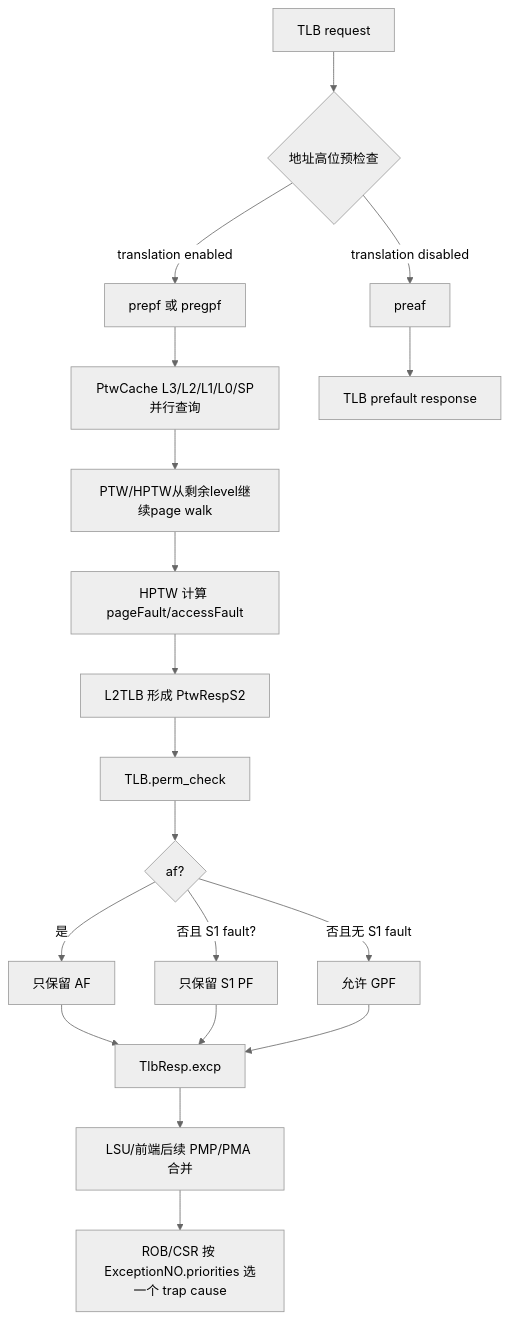
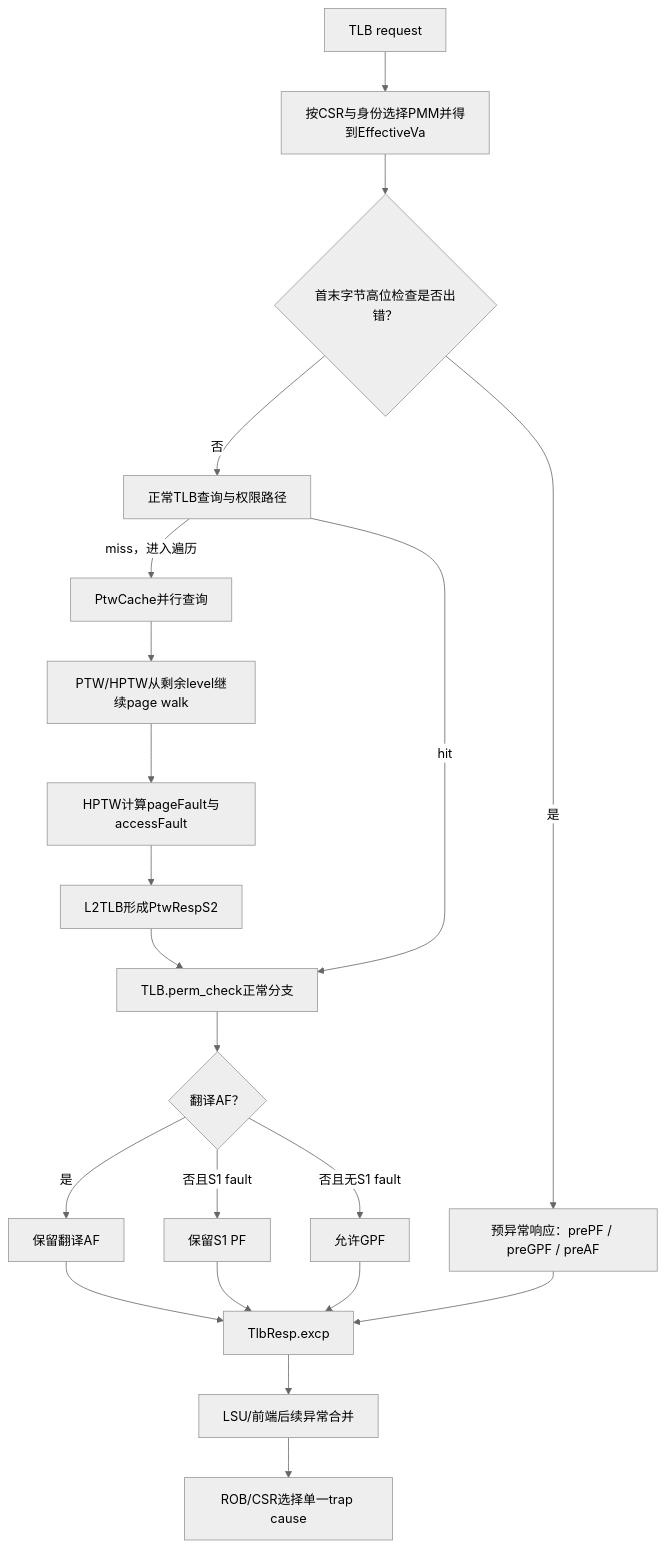
One commit to OpenXiangShan/XiangShan changed the diagram in AI_DOC/analysis/rtl/v2/flows/mmu_gpf_af_exception_priority_flow.md. Above: the diagram before and after it, drawn with Mermaid (neutral theme). The commit also changed other lines of this file and 11 other files, not shown here.

````diff
--- a/AI_DOC/analysis/rtl/v2/flows/mmu_gpf_af_exception_priority_flow.md
+++ b/AI_DOC/analysis/rtl/v2/flows/mmu_gpf_af_exception_priority_flow.md
@@ -78,21 +79,23 @@
 ```mermaid
 flowchart TD
-    A[TLB request] --> B{地址高位预检查}
-    B -->|translation enabled| C[prepf 或 pregpf]
-    B -->|translation disabled| D[preaf]
-    C --> Q[PtwCache L3/L2/L1/L0/SP并行查询]
-    Q --> E[PTW/HPTW从剩余level继续page walk]
-    D --> K[TLB prefault response]
-    E --> F[HPTW 计算 pageFault/accessFault]
-    F --> G[L2TLB 形成 PtwRespS2]
-    G --> H[TLB.perm_check]
-    H --> I{af?}
-    I -->|是| J[只保留 AF]
-    I -->|否且 S1 fault? | L[只保留 S1 PF]
-    I -->|否且无 S1 fault| M[允许 GPF]
-    J --> N[TlbResp.excp]
+    A["TLB request"] --> PM["按CSR与身份选择PMM并得到EffectiveVa"]
+    PM --> B{"首末字节高位检查是否出错？"}
+    B -->|是| K["预异常响应：prePF / preGPF / preAF"]
+    B -->|否| T["正常TLB查询与权限路径"]
+    T -->|miss，进入遍历| Q["PtwCache并行查询"]
+    Q --> E["PTW/HPTW从剩余level继续page walk"]
+    E --> F["HPTW计算pageFault与accessFault"]
+    F --> G["L2TLB形成PtwRespS2"]
+    G --> H["TLB.perm_check正常分支"]
+    T -->|hit| H
+    H --> I{"翻译AF？"}
+    I -->|是| J["保留翻译AF"]
+    I -->|否且S1 fault| L["保留S1 PF"]
+    I -->|否且无S1 fault| M["允许GPF"]
+    J --> N["TlbResp.excp"]
     L --> N
     M --> N
-    N --> O[LSU/前端后续 PMP/PMA 合并]
-    O --> P[ROB/CSR 按 ExceptionNO.priorities 选一个 trap cause]
+    K --> N
+    N --> O["LSU/前端后续异常合并"]
+    O --> P["ROB/CSR选择单一trap cause"]
 ```
````
